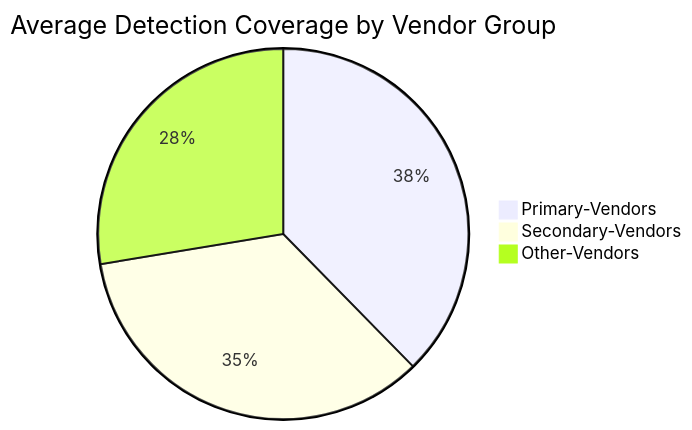
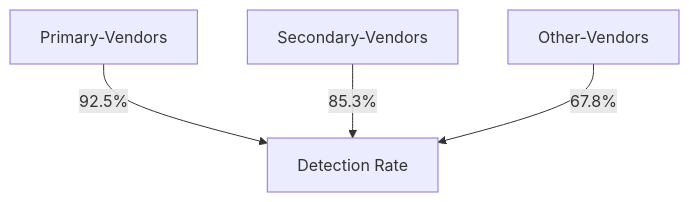
Before and after one commit to spuddieblue/Text: the first of 7 diagrams in TextCopy.md, drawn with Mermaid.

````diff
--- a/TextCopy.md
+++ b/TextCopy.md
@@ -23,10 +23,9 @@
 ```mermaid
 %%{init: {'themeVariables': {'axisX': {'title': 'Detection Rate (%)'}}}}%%
-pie
-    title Average Detection Coverage by Vendor Group
-    "Primary-Vendors" : 92.5
-    "Secondary-Vendors" : 85.3
-    "Other-Vendors" : 67.8
+graph TD
+    A[Primary-Vendors] -->|92.5%| B[Detection Rate]
+    C[Secondary-Vendors] -->|85.3%| B
+    D[Other-Vendors] -->|67.8%| B
 
 
 ```
````
